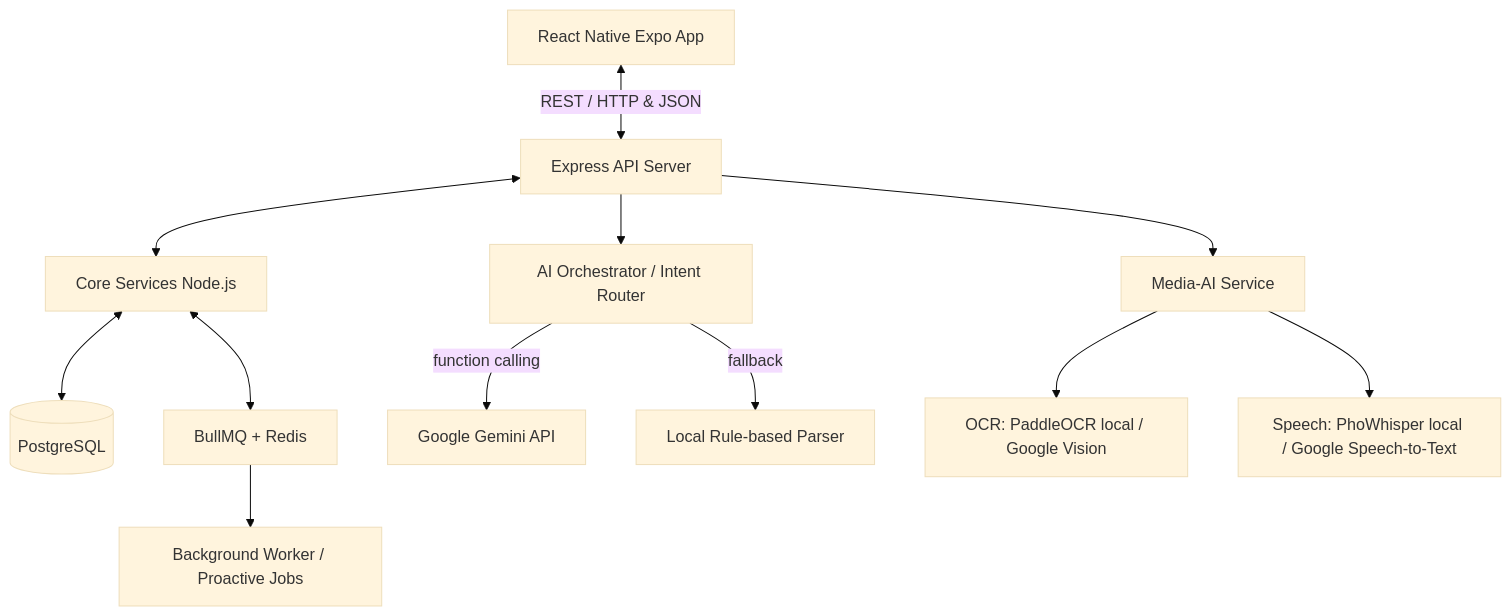
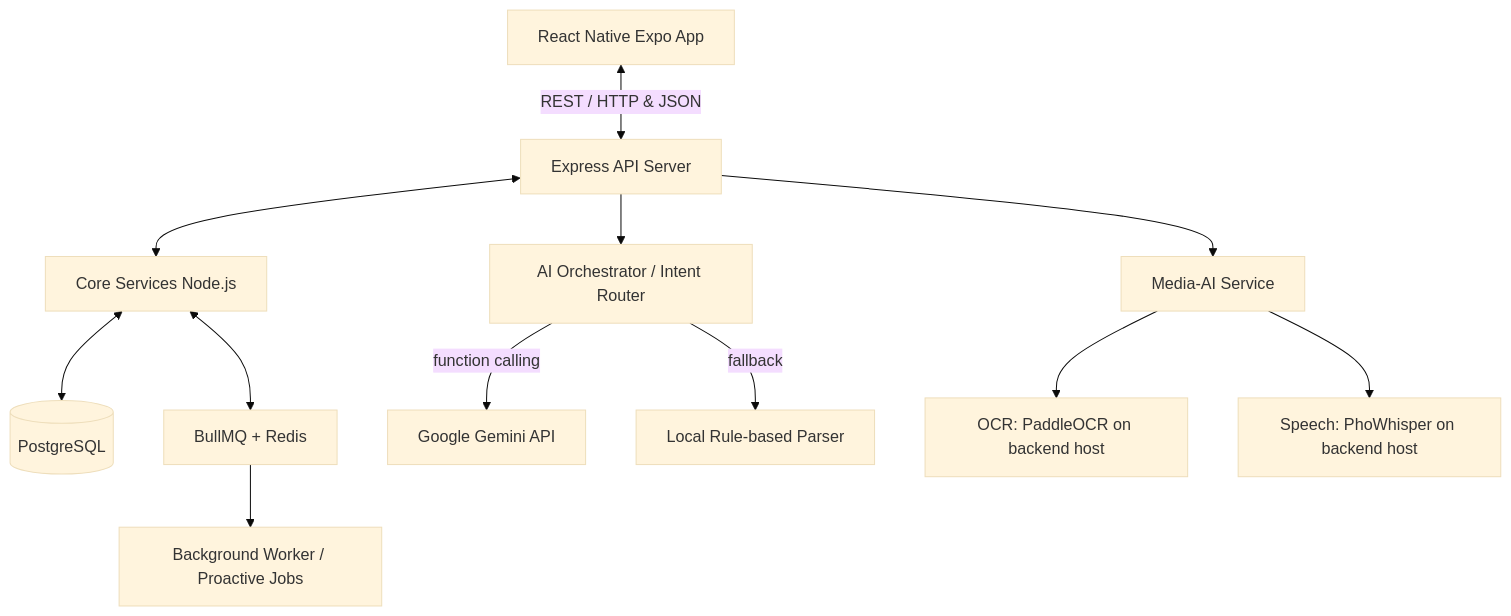
The diagram in README.md (ngthtrong/perfin-nienluan), drawn with Mermaid (base theme) before and after one commit. The commit also changed other lines of this file and 68 other files, not shown here.

````diff
--- a/README.md
+++ b/README.md
@@ -44,14 +44,14 @@
 ```mermaid
 graph TD
     Client[React Native Expo App] <-->|REST / HTTP & JSON| API[Express API Server]
     API <--> Core[Core Services Node.js]
     Core <--> DB[(PostgreSQL)]
     API --> AIOrch[AI Orchestrator / Intent Router]
     AIOrch -->|function calling| Gemini[Google Gemini API]
     AIOrch -->|fallback| LocalParser[Local Rule-based Parser]
     Core <--> Queue[BullMQ + Redis]
     Queue --> Worker[Background Worker / Proactive Jobs]
     API --> Media[Media-AI Service]
-    Media --> OCR[OCR: PaddleOCR local / Google Vision]
-    Media --> STT[Speech: PhoWhisper local / Google Speech-to-Text]
+    Media --> OCR[OCR: PaddleOCR on backend host]
+    Media --> STT[Speech: PhoWhisper on backend host]
 ```
````
